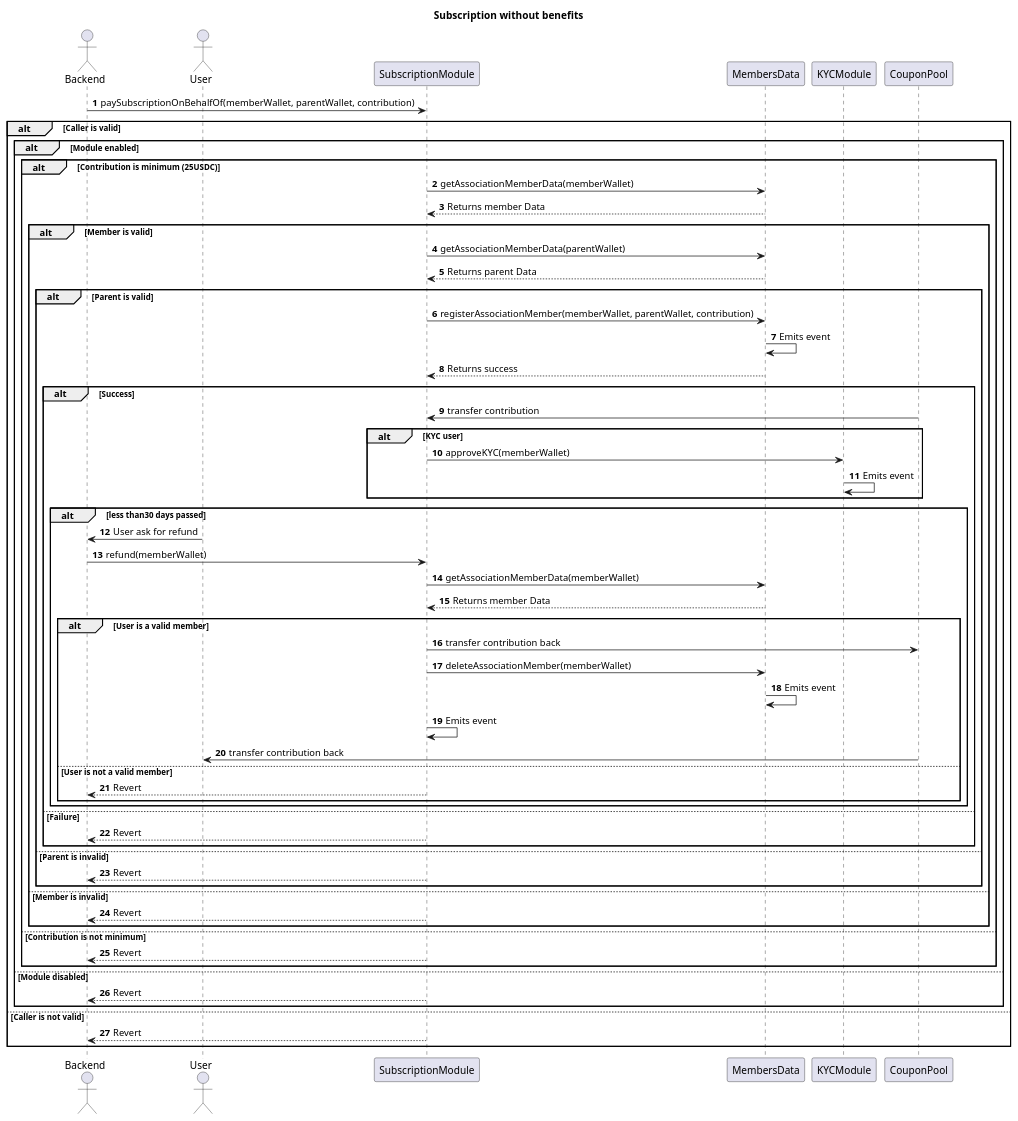
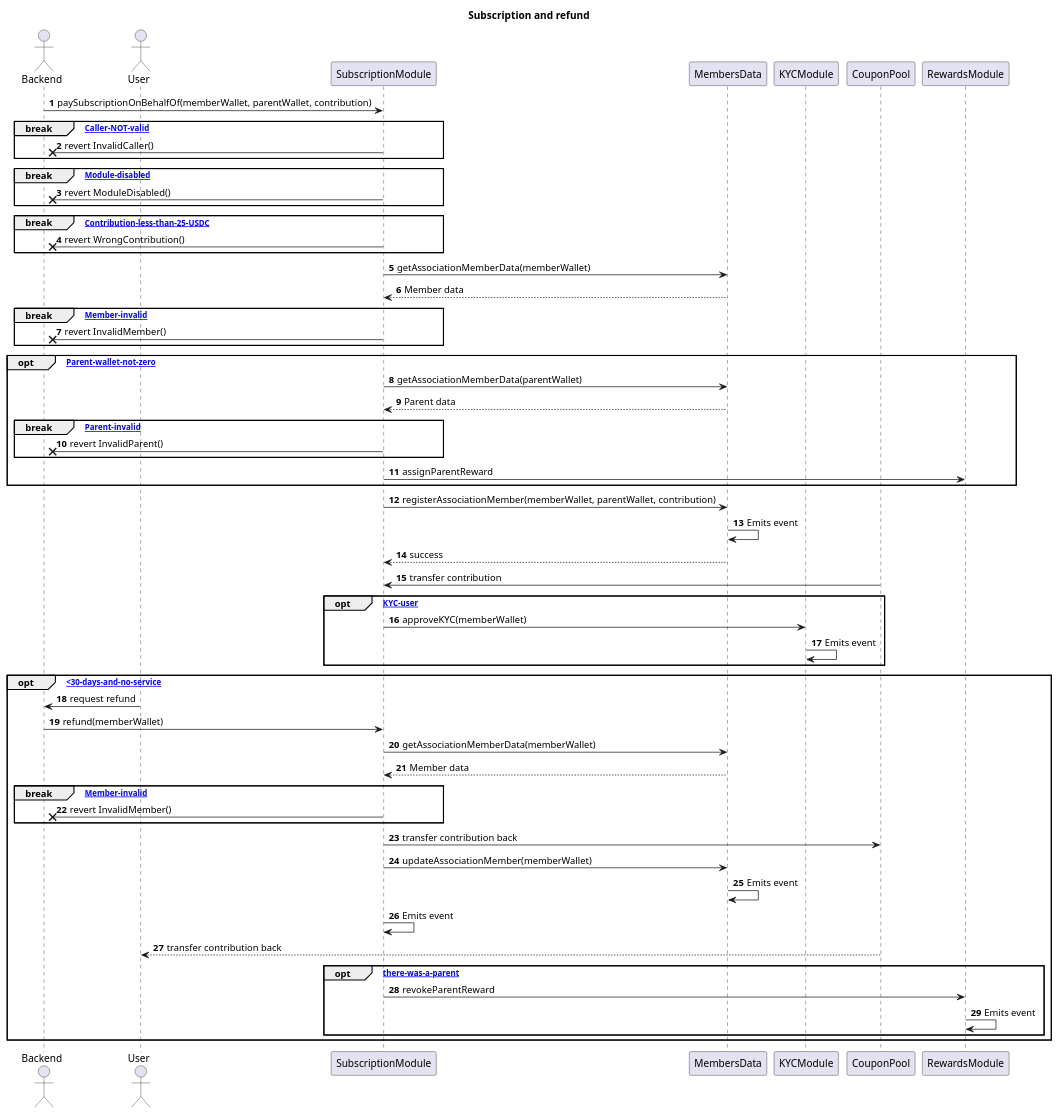
One commit to TakafulDAO/takasure.sc changed the diagram in docs/sequence_diagrams/Subscriptions/refund.puml. Above: the diagram before and after it, drawn with PlantUML. The commit also changed 3 other files, not shown here.

Commit message:
revise: update diagrams

```diff
--- a/docs/sequence_diagrams/Subscriptions/refund.puml
+++ b/docs/sequence_diagrams/Subscriptions/refund.puml
@@ -1,80 +1,78 @@
-@startuml Subscriptions without benefits
-title Subscription without benefits
+@startuml Subscription and Refund
+title Subscription and refund
 autonumber
 
 actor Backend
 actor User
 participant SubscriptionModule
 participant MembersData
 participant KYCModule
 participant CouponPool
+participant RewardsModule
 
 Backend -> SubscriptionModule: paySubscriptionOnBehalfOf(memberWallet, parentWallet, contribution)
 
-alt Caller is valid
-  alt Module enabled
-    alt Contribution is minimum (25USDC)
-      SubscriptionModule -> MembersData: getAssociationMemberData(memberWallet)
-      MembersData --> SubscriptionModule: Returns member Data
+break [Caller-NOT-valid]
+  SubscriptionModule -x Backend: revert InvalidCaller()
+end
 
-      alt Member is valid
-        SubscriptionModule -> MembersData: getAssociationMemberData(parentWallet)
-        MembersData --> SubscriptionModule: Returns parent Data
+break [Module-disabled]
+  SubscriptionModule -x Backend: revert ModuleDisabled()
+end
 
-        alt Parent is valid
-          SubscriptionModule -> MembersData: registerAssociationMember(memberWallet, parentWallet, contribution)
-          MembersData -> MembersData: Emits event
-          MembersData --> SubscriptionModule: Returns success
+break [Contribution-less-than-25-USDC]
+  SubscriptionModule -x Backend: revert WrongContribution()
+end
 
-          alt Success
-            CouponPool -> SubscriptionModule: transfer contribution
+SubscriptionModule -> MembersData: getAssociationMemberData(memberWallet)
+MembersData --> SubscriptionModule: Member data
 
-            alt KYC user
-              SubscriptionModule -> KYCModule: approveKYC(memberWallet)
-              KYCModule -> KYCModule: Emits event
-            end
+break [Member-invalid]
+  SubscriptionModule -x Backend: revert InvalidMember()
+end
 
-            alt less than30 days passed
-                User -> Backend: User ask for refund
-                Backend -> SubscriptionModule: refund(memberWallet)
-                SubscriptionModule -> MembersData: getAssociationMemberData(memberWallet)
-                MembersData --> SubscriptionModule: Returns member Data
+opt [Parent-wallet-not-zero]
+  SubscriptionModule -> MembersData: getAssociationMemberData(parentWallet)
+  MembersData --> SubscriptionModule: Parent data
 
-                alt User is a valid member
-                  SubscriptionModule -> CouponPool: transfer contribution back
-                  SubscriptionModule -> MembersData: deleteAssociationMember(memberWallet)
-                  MembersData -> MembersData: Emits event
-                  SubscriptionModule -> SubscriptionModule: Emits event
-                  CouponPool -> User: transfer contribution back     
-
-                else User is not a valid member
-                  SubscriptionModule --> Backend: Revert
-                end
-
-            end
-
-          else Failure
-            SubscriptionModule --> Backend: Revert
-          end
-
-        else Parent is invalid
-          SubscriptionModule --> Backend: Revert
-        end
-
-      else Member is invalid 
-        SubscriptionModule --> Backend: Revert
-      end
-
-    else Contribution is not minimum
-      SubscriptionModule --> Backend: Revert
-    end
-
-  else Module disabled
-    SubscriptionModule --> Backend: Revert
+  break [Parent-invalid]
+    SubscriptionModule -x Backend: revert InvalidParent()
   end
 
-else Caller is not valid
-  SubscriptionModule --> Backend: Revert
+  SubscriptionModule -> RewardsModule: assignParentReward
+end
+
+SubscriptionModule -> MembersData: registerAssociationMember(memberWallet, parentWallet, contribution)
+MembersData -> MembersData: Emits event
+MembersData --> SubscriptionModule: success
+
+CouponPool -> SubscriptionModule: transfer contribution
+
+opt [KYC-user]
+  SubscriptionModule -> KYCModule: approveKYC(memberWallet)
+  KYCModule -> KYCModule: Emits event
+end
+
+opt [<30-days-and-no-service]
+  User -> Backend: request refund
+  Backend -> SubscriptionModule: refund(memberWallet)
+  SubscriptionModule -> MembersData: getAssociationMemberData(memberWallet)
+  MembersData --> SubscriptionModule: Member data
+
+  break [Member-invalid]
+    SubscriptionModule -x Backend: revert InvalidMember()
+  end
+
+  SubscriptionModule -> CouponPool: transfer contribution back
+  SubscriptionModule -> MembersData: updateAssociationMember(memberWallet)
+  MembersData -> MembersData: Emits event
+  SubscriptionModule -> SubscriptionModule: Emits event
+  CouponPool --> User: transfer contribution back
+
+  opt [there-was-a-parent]
+    SubscriptionModule -> RewardsModule: revokeParentReward
+    RewardsModule -> RewardsModule: Emits event
+  end
 end
 
 @enduml
```
